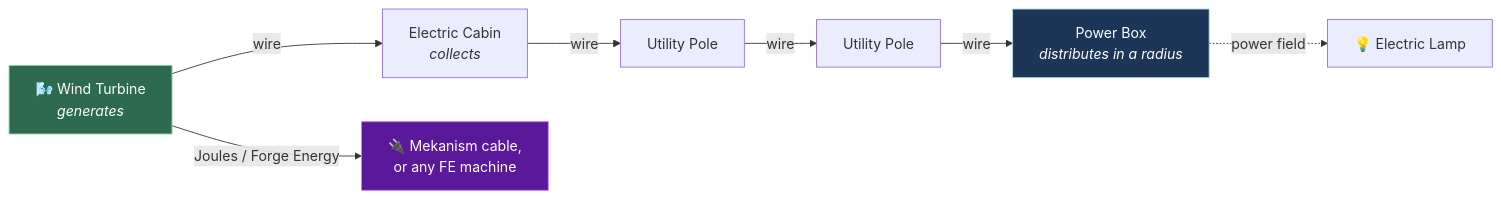
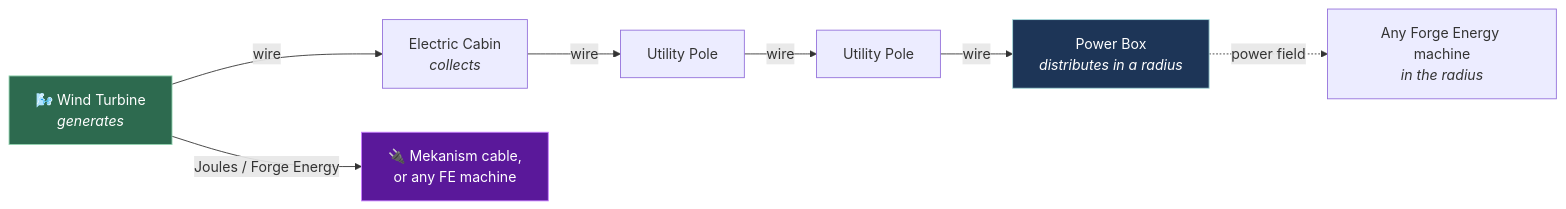
One commit to SimoneRecchia/electricity changed the diagram in README.md. Above: the diagram before and after it, drawn with Mermaid. The commit also changed other lines of this file and 138 other files, not shown here.

````diff
--- a/README.md
+++ b/README.md
@@ -36,12 +36,12 @@
 ```mermaid
 flowchart LR
     W["🌬️ Wind Turbine<br/><i>generates</i>"] -->|wire| C["Electric Cabin<br/><i>collects</i>"]
     C -->|wire| P1["Utility Pole"]
     P1 -->|wire| P2["Utility Pole"]
     P2 -->|wire| B["Power Box<br/><i>distributes in a radius</i>"]
-    B -.->|power field| L["💡 Electric Lamp"]
+    B -.->|power field| L["Any Forge Energy machine<br/><i>in the radius</i>"]
     W -->|Joules / Forge Energy| M["🔌 Mekanism cable,<br/>or any FE machine"]
     style W fill:#2d6a4f,stroke:#95d5b2,color:#fff
     style M fill:#5a189a,stroke:#c77dff,color:#fff
     style B fill:#1d3557,stroke:#a8dadc,color:#fff
 ```
````
